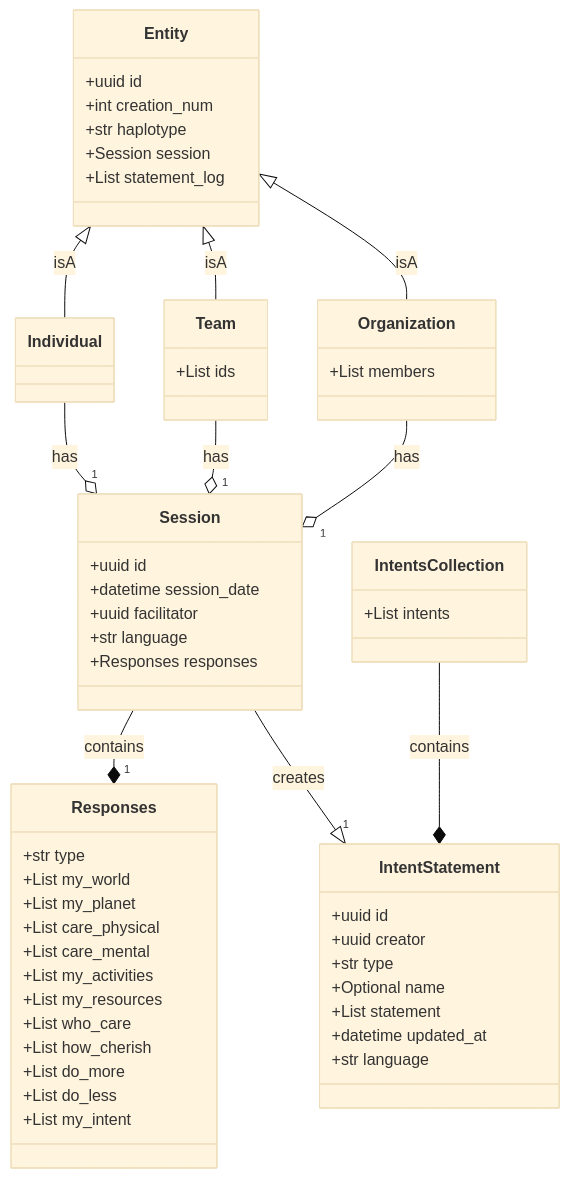
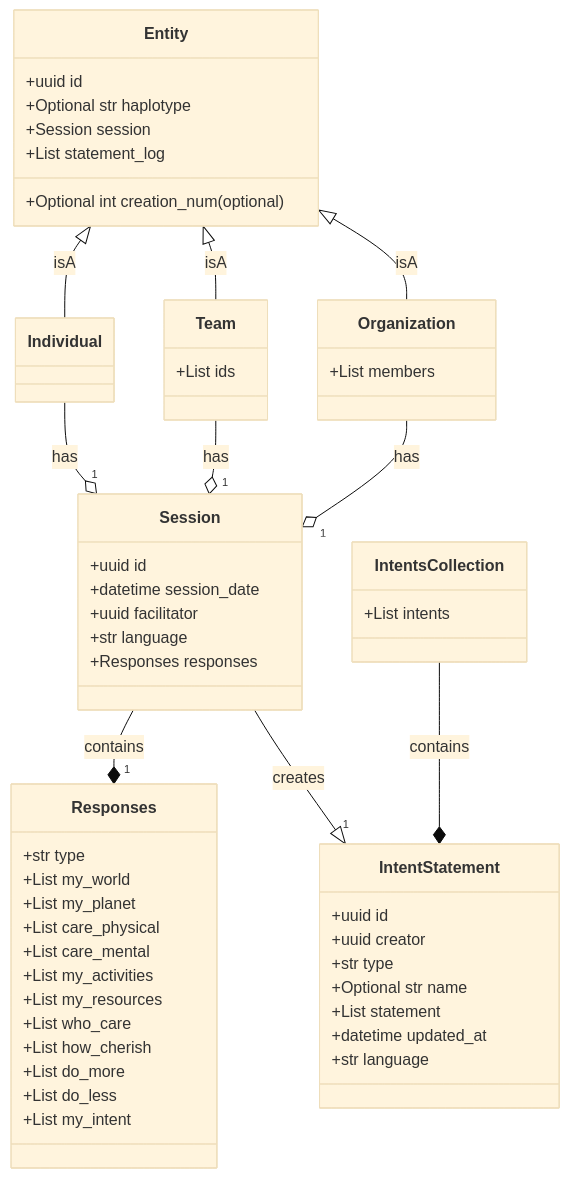
Before and after one commit to drew-wks/intent-for-the-planet: the diagram in docs/data_models.md, drawn with Mermaid (base theme). The commit also changed 1 other file, not shown here.

Commit message:
further data model work

````diff
--- a/docs/data_models.md
+++ b/docs/data_models.md
@@ -5,61 +5,61 @@
 ```mermaid
 classDiagram
     class Entity {
         +uuid id
-        +int creation_num
-        +str haplotype
+        +Optional int creation_num (optional)
+        +Optional str haplotype
         +Session session
         +List statement_log
     }
     class Individual {
     }
     class Team {
         +List ids
     }
     class Organization {
         +List members
     }
     class Session {
         +uuid id
         +datetime session_date
         +uuid facilitator
         +str language
         +Responses responses
     }
     class Responses {
         +str type
         +List my_world
         +List my_planet
         +List care_physical
         +List care_mental
         +List my_activities
         +List my_resources
         +List who_care
         +List how_cherish
         +List do_more
         +List do_less
         +List my_intent
     }
     class IntentStatement {
         +uuid id
         +uuid creator
         +str type
-        +Optional name
+        +Optional str name
         +List statement
         +datetime updated_at
         +str language
     }
     class IntentsCollection {
         +List intents
     }
     IntentsCollection --* IntentStatement : contains
     Session --* "1" Responses : contains
     Entity <|-- Individual : isA
     Entity <|-- Team : isA
     Entity <|-- Organization : isA
     Session--|> "1" IntentStatement : creates
     Individual --o "1" Session : has
     Team --o "1" Session : has
     Organization --o "1" Session : has
 
 ```
````
